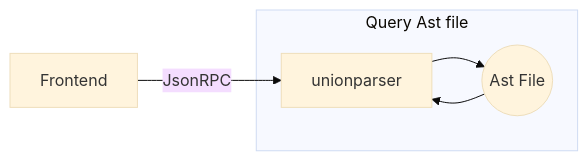
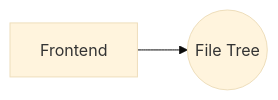
One commit to FunningC0217/UnionParser changed the fifth of 5 diagrams in README.md. Above: the diagram before and after it, drawn with Mermaid (base theme). The commit also changed other lines of this file, not shown here.

````diff
--- a/README.md
+++ b/README.md
@@ -51,7 +50,4 @@
 ```mermaid
 graph LR;
-A[Frontend]--JsonRPC-->UP[unionparser]
-subgraph Query Ast file
-UP-->AST((Ast File))-->UP
-end
+A[Frontend]-->T((File Tree))
 ```
````
